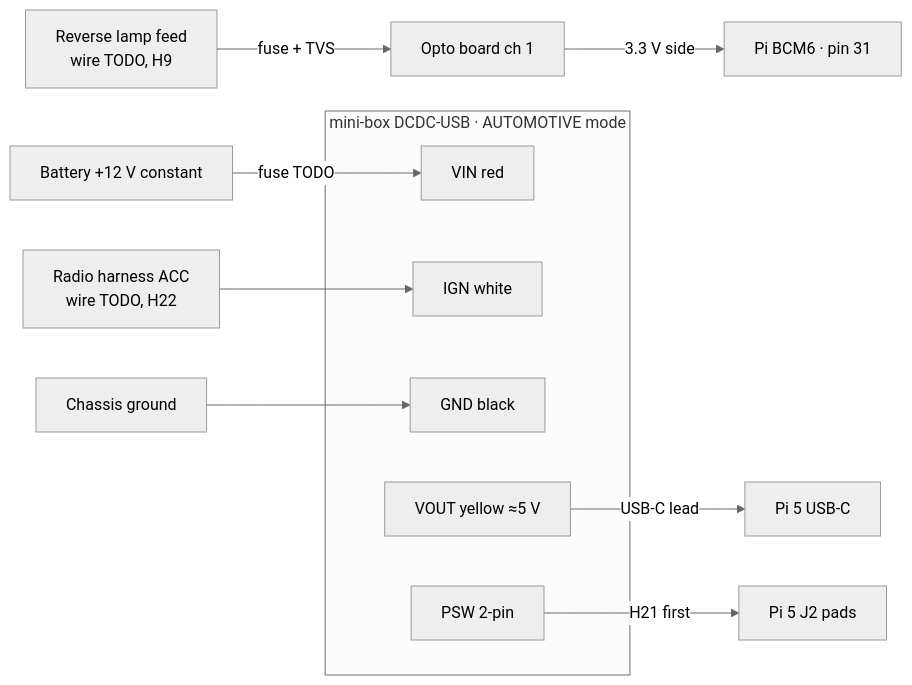
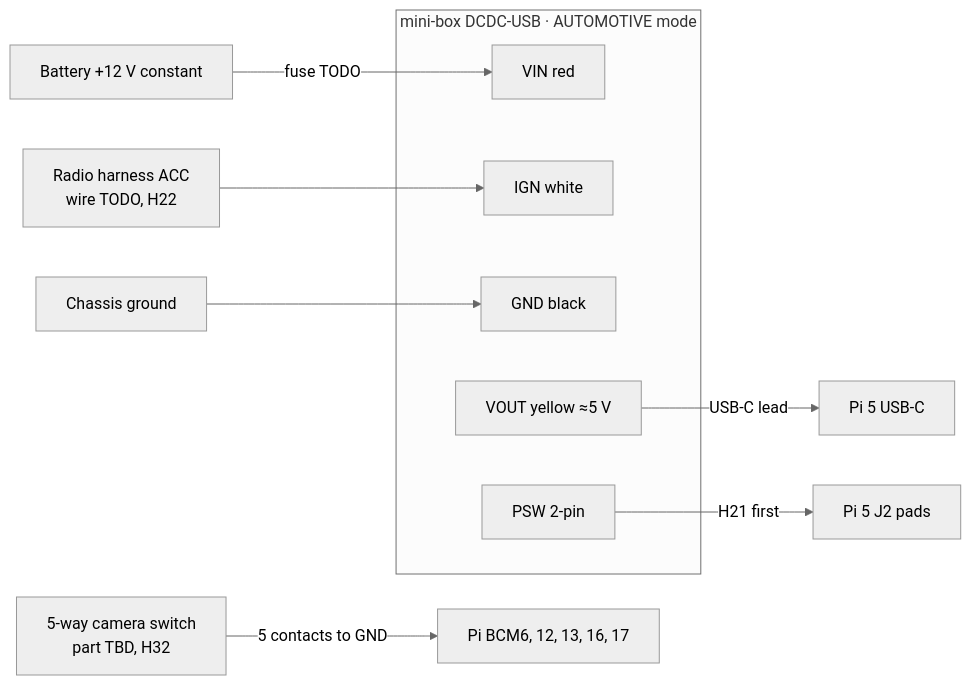
One commit to darickc/TruckDashboard changed the diagram in docs/wiring/power-and-inputs.md. Above: the diagram before and after it, drawn with Mermaid (neutral theme). The commit also changed other lines of this file and 21 other files, not shown here.

First line of the commit message:
docs: cameras picked by a 5-way switch, reverse from CAN; no opto board

````diff
--- a/docs/wiring/power-and-inputs.md
+++ b/docs/wiring/power-and-inputs.md
@@ -19,17 +22,16 @@
 ```mermaid
 flowchart LR
   BATT[Battery +12 V constant] -- fuse TODO --> VIN
   ACC[Radio harness ACC<br/>wire TODO, H22] --> IGN
   GNDC[Chassis ground] --> GND
   subgraph DCDC[mini-box DCDC-USB · AUTOMOTIVE mode]
     VIN[VIN red]
     IGN[IGN white]
     GND[GND black]
     VOUT[VOUT yellow ≈5 V]
     PSW[PSW 2-pin]
   end
   VOUT -- USB-C lead --> PI[Pi 5 USB-C]
   PSW -- H21 first --> J2[Pi 5 J2 pads]
-  REV[Reverse lamp feed<br/>wire TODO, H9] -- fuse + TVS --> OPTO[Opto board ch 1]
-  OPTO -- 3.3 V side --> GPIO[Pi BCM6 · pin 31]
+  SW[5-way camera switch<br/>part TBD, H32] -- 5 contacts to GND --> GPIO[Pi BCM6, 12, 13, 16, 17]
 ```
````
